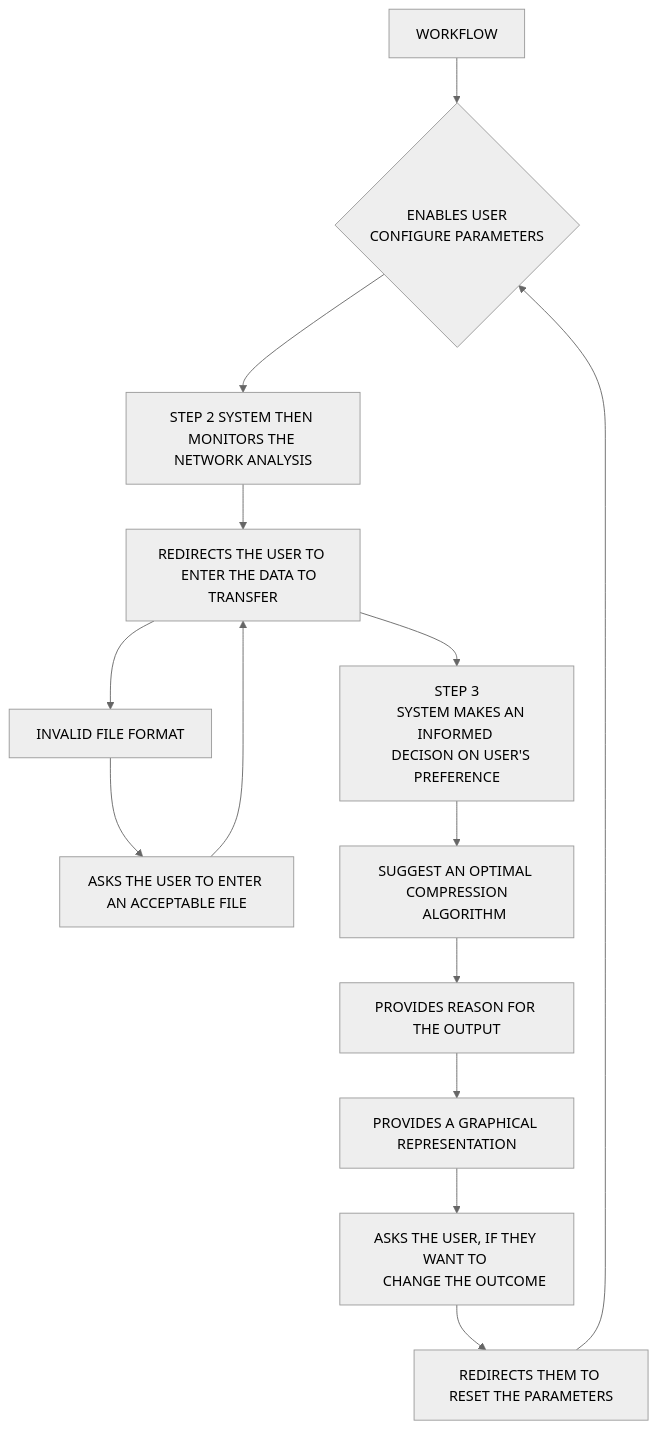
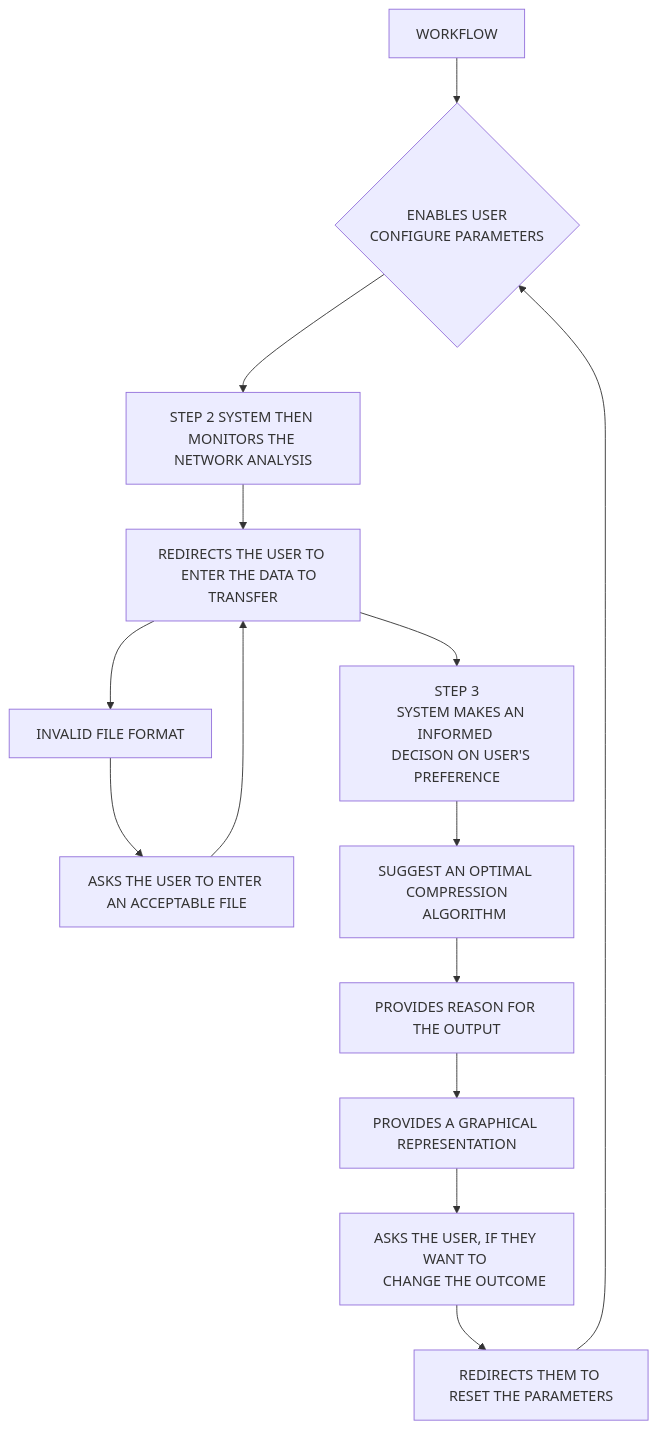
Before and after one commit to ammoGDevs/ammoG_Devs: the diagram in MERMAID FLOW.md, drawn with Mermaid.

Commit message:
Update MERMAID FLOW.md

````diff
--- a/MERMAID FLOW.md
+++ b/MERMAID FLOW.md
@@ -1,26 +1,26 @@
 ```mermaid
 
-%%{init: {'theme':'neutral'}}%%
+
   
 flowchart TD
     A[WORKFLOW]
     A-->B{ENABLES USER 
     CONFIGURE PARAMETERS}
     B-->M[STEP 2 SYSTEM THEN MONITORS THE NETWORK ANALYSIS]
     M-->C[REDIRECTS THE USER TO 
     ENTER THE DATA TO TRANSFER]
     C-->E[INVALID FILE FORMAT]
     E-->F[ASKS THE USER TO ENTER AN ACCEPTABLE FILE]
     F-->C
    C-->G[STEP 3
    SYSTEM MAKES AN INFORMED 
    DECISON ON USER'S PREFERENCE]
    G-->H[SUGGEST AN OPTIMAL COMPRESSION
     ALGORITHM]
     H-->I[PROVIDES REASON FOR THE OUTPUT]
     I-->J[PROVIDES A GRAPHICAL REPRESENTATION]
     J-->K[ASKS THE USER, IF THEY WANT TO 
     CHANGE THE OUTCOME]
     K-->L[REDIRECTS THEM TO RESET THE PARAMETERS]
     L-->B
 ```
````
